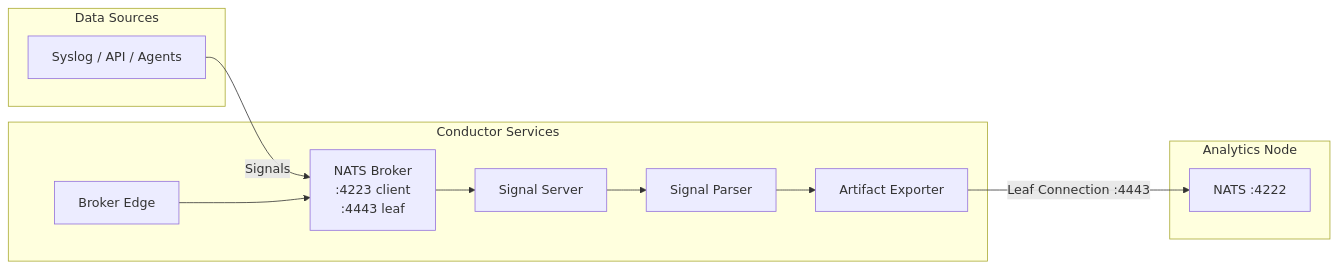
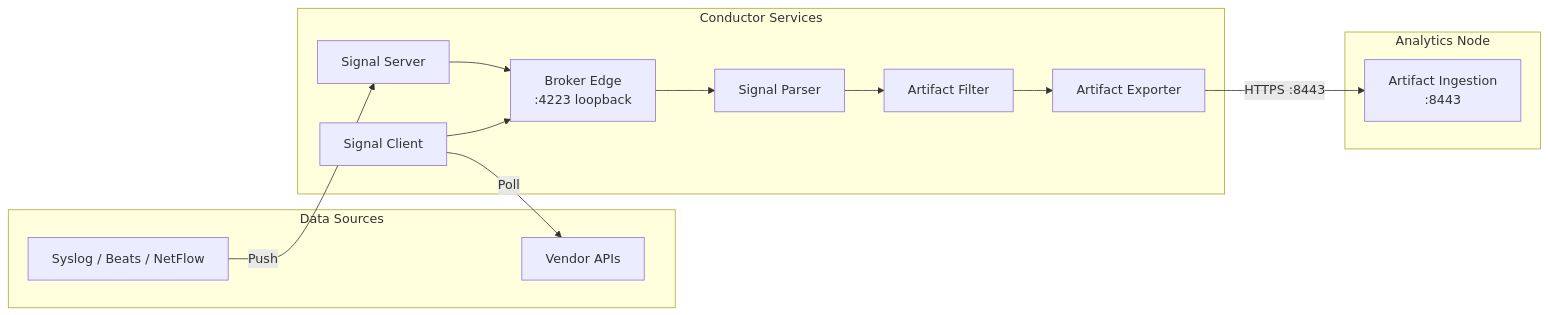
The third of 5 diagrams in docs/getting-started/architecture.md (witfoo/analytics-docs), drawn with Mermaid before and after one commit. The commit also changed other lines of this file and 77 other files, not shown here.

````diff
--- a/docs/getting-started/architecture.md
+++ b/docs/getting-started/architecture.md
@@ -137,25 +148,29 @@
 ```mermaid
 graph LR
     subgraph "Data Sources"
-        SRC[Syslog / API / Agents]
+        SRC[Syslog / Beats / NetFlow]
+        APIS[Vendor APIs]
     end
 
     subgraph "Conductor Services"
-        NATS_B[NATS Broker<br/>:4223 client<br/>:4443 leaf]
         SS[Signal Server]
+        SC[Signal Client]
+        BE[Broker Edge<br/>:4223 loopback]
         SP[Signal Parser]
+        AF[Artifact Filter]
         AE[Artifact Exporter]
-        BE[Broker Edge]
     end
 
     subgraph "Analytics Node"
-        NATS_A[NATS :4222]
+        AI_SVC[Artifact Ingestion<br/>:8443]
     end
 
-    SRC -->|Signals| NATS_B
-    NATS_B --> SS
-    SS --> SP
-    SP --> AE
-    AE -->|Leaf Connection :4443| NATS_A
-    BE --> NATS_B
+    SRC -->|Push| SS
+    SC -->|Poll| APIS
+    SS --> BE
+    SC --> BE
+    BE --> SP
+    SP --> AF
+    AF --> AE
+    AE -->|HTTPS :8443| AI_SVC
 ```
````
